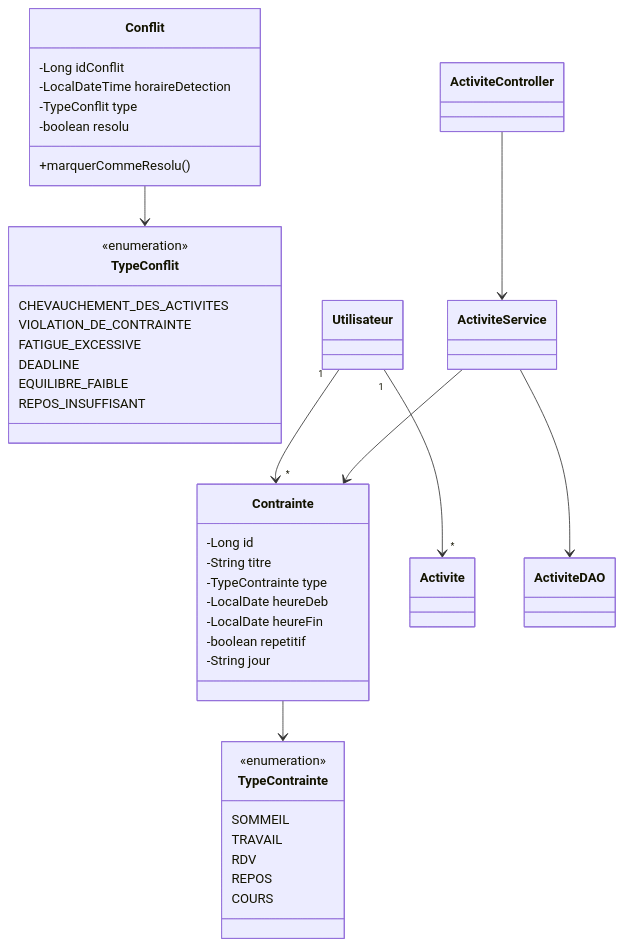
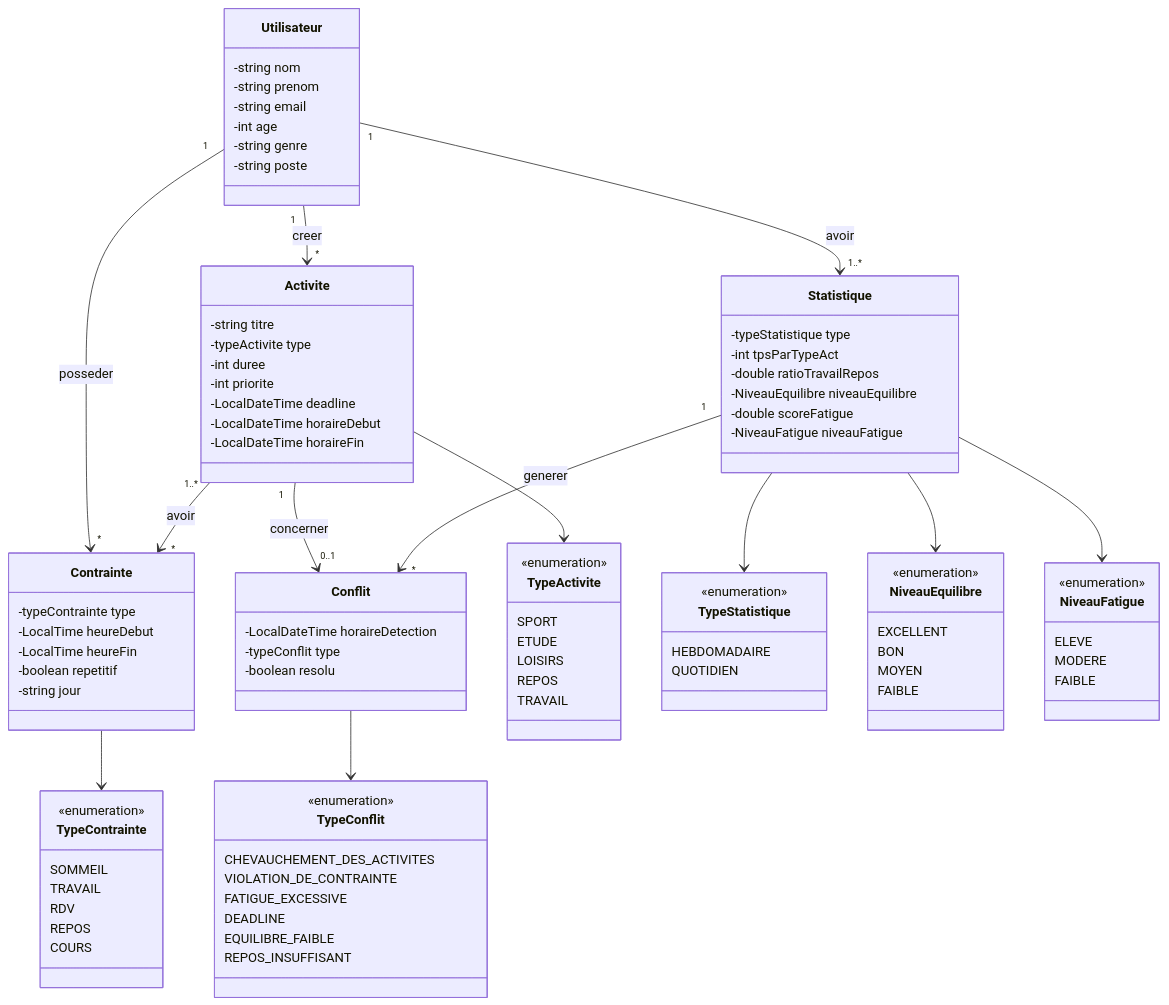
One commit to kchaou-mariem/Planification_personnelle_intelligente changed the diagram in README.md. Above: the diagram before and after it, drawn with Mermaid.

Commit message:
docs: update class diagram

````diff
--- a/README.md
+++ b/README.md
@@ -139,21 +139,54 @@
 ```mermaid
 classDiagram
+	class Utilisateur {
+		-string nom
+		-string prenom
+		-string email
+		-int age
+		-string genre
+		-string poste
+	}
+
+	class Activite {
+		-string titre
+		-typeActivite type
+		-int duree
+		-int priorite
+		-LocalDateTime deadline
+		-LocalDateTime horaireDebut
+		-LocalDateTime horaireFin
+	}
+
 	class Contrainte {
-		-Long id
-		-String titre
-		-TypeContrainte type
-		-LocalDate heureDeb
-		-LocalDate heureFin
+		-typeContrainte type
+		-LocalTime heureDebut
+		-LocalTime heureFin
 		-boolean repetitif
-		-String jour
+		-string jour
 	}
 
 	class Conflit {
-		-Long idConflit
 		-LocalDateTime horaireDetection
-		-TypeConflit type
+		-typeConflit type
 		-boolean resolu
-		+marquerCommeResolu()
+	}
+
+	class Statistique {
+		-typeStatistique type
+		-int tpsParTypeAct
+		-double ratioTravailRepos
+		-NiveauEquilibre niveauEquilibre
+		-double scoreFatigue
+		-NiveauFatigue niveauFatigue
+	}
+
+	class TypeActivite {
+		<<enumeration>>
+		SPORT
+		ETUDE
+		LOISIRS
+		REPOS
+		TRAVAIL
 	}
 
 	class TypeContrainte {
@@ -175,17 +208,37 @@
 		REPOS_INSUFFISANT
 	}
 
-	class Activite
-	class Utilisateur
-	class ActiviteService
-	class ActiviteDAO
-	class ActiviteController
+	class TypeStatistique {
+		<<enumeration>>
+		HEBDOMADAIRE
+		QUOTIDIEN
+	}
 
-	Utilisateur "1" --> "*" Activite
-	Utilisateur "1" --> "*" Contrainte
-	ActiviteService --> ActiviteDAO
-	ActiviteService --> Contrainte
-	ActiviteController --> ActiviteService
+	class NiveauEquilibre {
+		<<enumeration>>
+		EXCELLENT
+		BON
+		MOYEN
+		FAIBLE
+	}
+
+	class NiveauFatigue {
+		<<enumeration>>
+		ELEVE
+		MODERE
+		FAIBLE
+	}
+
+	Utilisateur "1" --> "*" Activite : creer
+	Utilisateur "1" --> "*" Contrainte : posseder
+	Activite "1..*" --> "*" Contrainte : avoir
+	Activite "1" --> "0..1" Conflit : concerner
+	Utilisateur "1" --> "1..*" Statistique : avoir
+	Statistique "1" --> "*" Conflit : generer
+	Activite --> TypeActivite
 	Contrainte --> TypeContrainte
 	Conflit --> TypeConflit
+	Statistique --> TypeStatistique
+	Statistique --> NiveauEquilibre
+	Statistique --> NiveauFatigue
 ```
````
